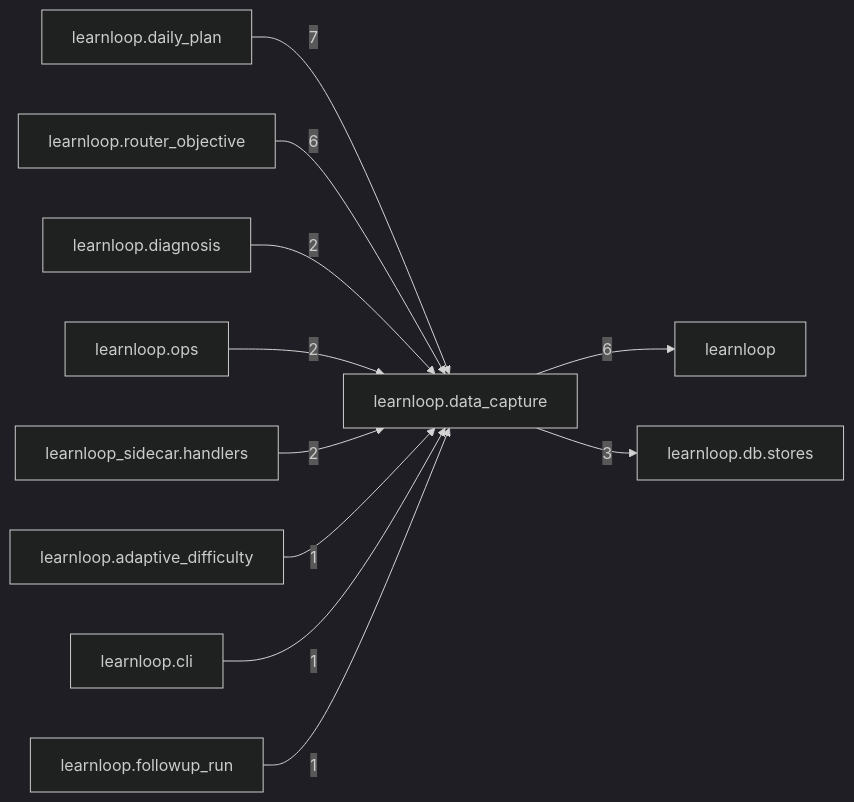
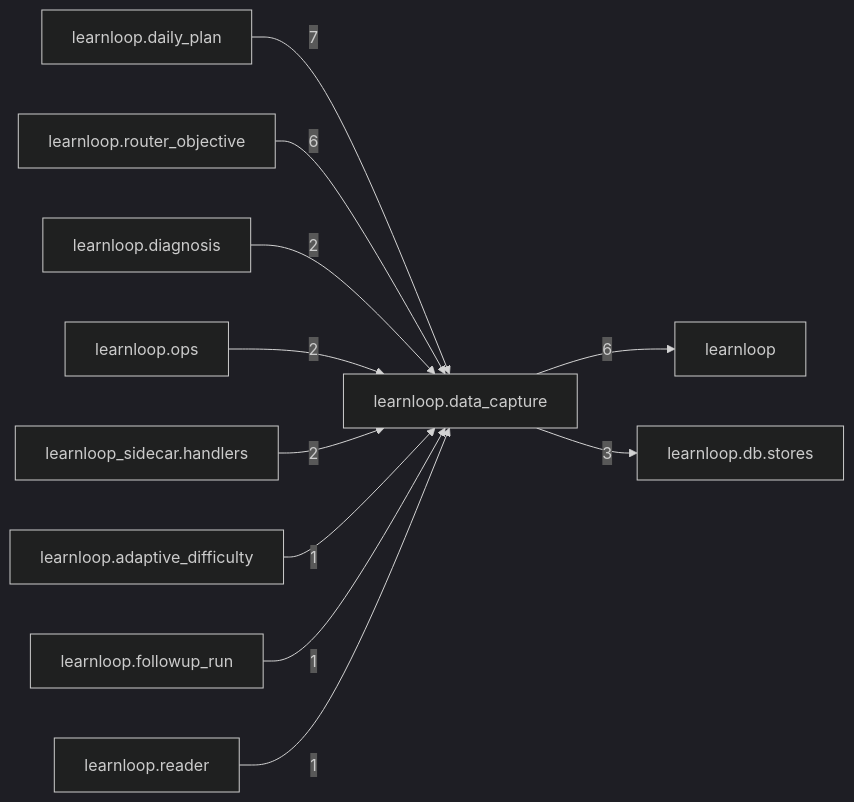
Before and after one commit to 6up-b/learnanything: the diagram in docs/learnloop-architecture-vault/Reference/Modules/learnloop/data_capture/_package.md, drawn with Mermaid (dark theme). The commit also changed other lines of this file and 67 other files, not shown here.

````diff
--- a/docs/learnloop-architecture-vault/Reference/Modules/learnloop/data_capture/_package.md
+++ b/docs/learnloop-architecture-vault/Reference/Modules/learnloop/data_capture/_package.md
@@ -83,24 +83,24 @@
 ```mermaid
 flowchart LR
     center["learnloop.data_capture"]
     n_learnloop_daily_plan["learnloop.daily_plan"]
     n_learnloop["learnloop"]
     n_learnloop_router_objective["learnloop.router_objective"]
     n_learnloop_db_stores["learnloop.db.stores"]
     n_learnloop_diagnosis["learnloop.diagnosis"]
     n_learnloop_ops["learnloop.ops"]
     n_learnloop_sidecar_handlers["learnloop_sidecar.handlers"]
     n_learnloop_adaptive_difficulty["learnloop.adaptive_difficulty"]
-    n_learnloop_cli["learnloop.cli"]
     n_learnloop_followup_run["learnloop.followup_run"]
+    n_learnloop_reader["learnloop.reader"]
     n_learnloop_daily_plan -->|7| center
     center -->|6| n_learnloop
     n_learnloop_router_objective -->|6| center
     center -->|3| n_learnloop_db_stores
     n_learnloop_diagnosis -->|2| center
     n_learnloop_ops -->|2| center
     n_learnloop_sidecar_handlers -->|2| center
     n_learnloop_adaptive_difficulty -->|1| center
-    n_learnloop_cli -->|1| center
     n_learnloop_followup_run -->|1| center
+    n_learnloop_reader -->|1| center
 ```
````
